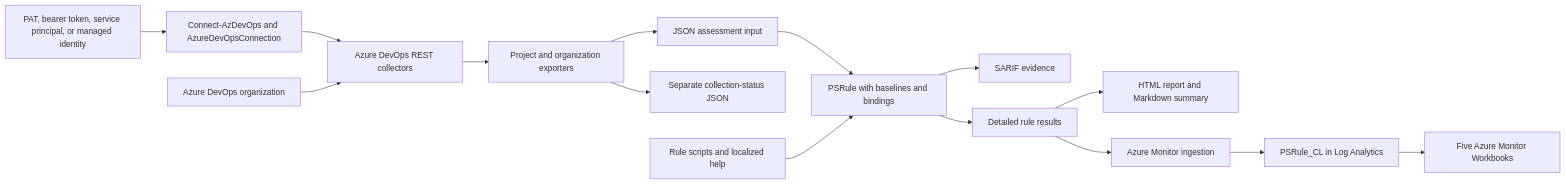
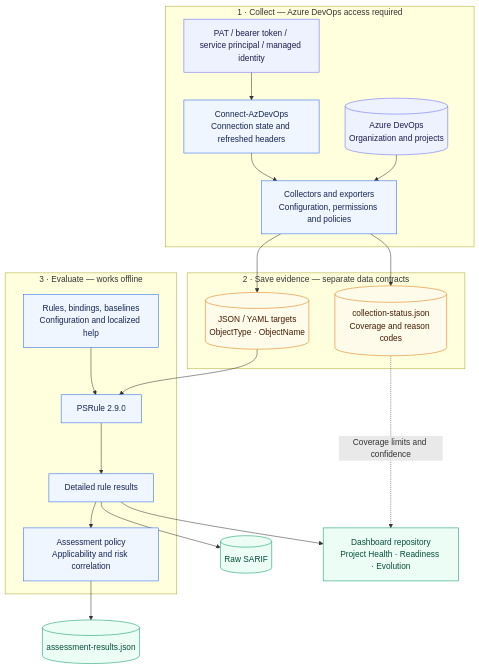
Before and after one commit to wesleycamargo/DevOpsTools.AzureDevOps.PSRule: the first of 2 diagrams in docs/architecture.md, drawn with Mermaid. The commit also changed other lines of this file and 2 other files, not shown here.

First line of the commit message:
ci: use hosted Azure Pipelines for assessment (#6)

````diff
--- a/docs/architecture.md
+++ b/docs/architecture.md
@@ -43,17 +43,47 @@
 ```mermaid
-flowchart LR
-    Identity["PAT, bearer token, service principal, or managed identity"] --> Connection["Connect-AzDevOps and AzureDevOpsConnection"]
-    Connection --> Collectors["Azure DevOps REST collectors"]
-    ADO["Azure DevOps organization"] --> Collectors
-    Collectors --> Export["Project and organization exporters"]
-    Export --> JSON["JSON assessment input"]
-    Export --> Completeness["Separate collection-status JSON"]
-    JSON --> Engine["PSRule with baselines and bindings"]
-    Rules["Rule scripts and localized help"] --> Engine
-    Engine --> SARIF["SARIF evidence"]
-    Engine --> Results["Detailed rule results"]
-    Results --> HTML["HTML report and Markdown summary"]
-    Results --> Ingestion["Azure Monitor ingestion"]
-    Ingestion --> Table["PSRule_CL in Log Analytics"]
-    Table --> Workbooks["Five Azure Monitor Workbooks"]
+flowchart TB
+    subgraph collect["1 · Collect — Azure DevOps access required"]
+        identity["PAT / bearer token / service principal / managed identity"]
+        connection["Connect-AzDevOps<br/>Connection state and refreshed headers"]
+        ado[("Azure DevOps<br/>Organization and projects")]
+        collectors["Collectors and exporters<br/>Configuration, permissions and policies"]
+        identity --> connection
+        connection --> collectors
+        ado --> collectors
+    end
+
+    subgraph evidence["2 · Save evidence — separate data contracts"]
+        targets[("JSON / YAML targets<br/>ObjectType · ObjectName")]
+        coverage[("collection-status.json<br/>Coverage and reason codes")]
+    end
+    collectors --> targets
+    collectors --> coverage
+
+    subgraph evaluate["3 · Evaluate — works offline"]
+        definitions["Rules, bindings, baselines<br/>Configuration and localized help"]
+        engine["PSRule 2.9.0"]
+        results["Detailed rule results"]
+        projection["Assessment policy<br/>Applicability and risk correlation"]
+        definitions --> engine
+        engine --> results
+        results --> projection
+    end
+    targets --> engine
+
+    sarif[("Raw SARIF")]
+    assessment[("assessment-results.json")]
+    report["Dashboard repository<br/>Project Health · Readiness · Evolution"]
+    results --> sarif
+    projection --> assessment
+    results --> report
+    coverage -. "Coverage limits and confidence" .-> report
+
+    classDef service fill:#eef2ff,stroke:#6366f1,color:#1e1b4b
+    classDef step fill:#eff6ff,stroke:#2563eb,color:#172554
+    classDef data fill:#fffbeb,stroke:#d97706,color:#451a03
+    classDef output fill:#ecfdf5,stroke:#059669,color:#064e3b
+    class identity,ado service
+    class connection,collectors,definitions,engine,results,projection step
+    class targets,coverage data
+    class sarif,assessment,report output
 ```
````
